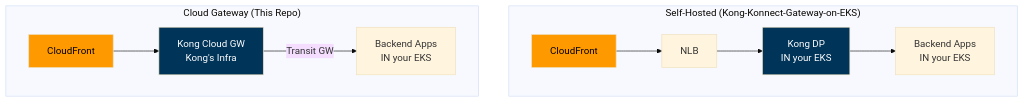
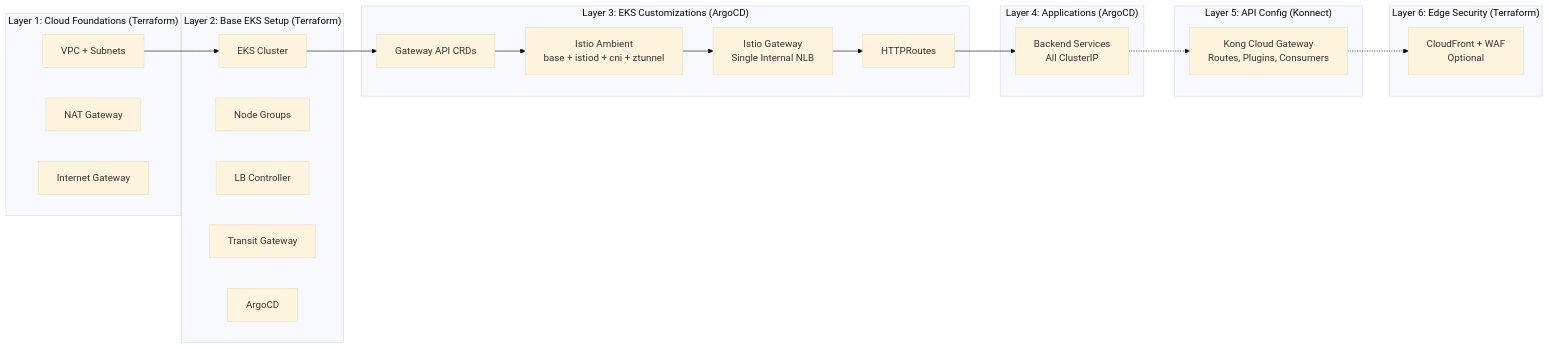
The third of 3 diagrams in README.md (shanaka-versent/Kong-Konnect-Cloud-Gateway-on-EKS), drawn with Mermaid (base theme) before and after one commit. The commit also changed other lines of this file and 35 other files, not shown here.

First line of the commit message:
Replace per-service NLBs with Istio Gateway API (Ambient) for single entry point routing

````diff
--- a/README.md
+++ b/README.md
@@ -151,17 +88,44 @@
 ```mermaid
-graph TB
-    subgraph "Self-Hosted (Kong-Konnect-Gateway-on-EKS)"
-        direction LR
-        CF1[CloudFront] --> NLB1_S[NLB] --> Kong1[Kong DP<br/>IN your EKS] --> Apps1[Backend Apps<br/>IN your EKS]
+graph LR
+    subgraph "Layer 1: Cloud Foundations (Terraform)"
+        VPC[VPC + Subnets]
+        NAT[NAT Gateway]
+        IGW2[Internet Gateway]
     end
 
-    subgraph "Cloud Gateway (This Repo)"
-        direction LR
-        CF2[CloudFront] --> Kong2[Kong Cloud GW<br/>Kong's Infra] -->|Transit GW| Apps2[Backend Apps<br/>IN your EKS]
+    subgraph "Layer 2: Base EKS Setup (Terraform)"
+        EKS[EKS Cluster]
+        Nodes[Node Groups]
+        LBC[LB Controller]
+        TGW2[Transit Gateway]
+        ArgoCD2[ArgoCD]
     end
 
-    style Kong1 fill:#003459,color:#fff
-    style Kong2 fill:#003459,color:#fff
-    style CF1 fill:#ff9900,color:#000
-    style CF2 fill:#ff9900,color:#000
+    subgraph "Layer 3: EKS Customizations (ArgoCD)"
+        CRDs[Gateway API CRDs]
+        Istio[Istio Ambient<br/>base + istiod + cni + ztunnel]
+        GW[Istio Gateway<br/>Single Internal NLB]
+        Routes[HTTPRoutes]
+    end
+
+    subgraph "Layer 4: Applications (ArgoCD)"
+        Apps[Backend Services<br/>All ClusterIP]
+    end
+
+    subgraph "Layer 5: API Config (Konnect)"
+        KongGW[Kong Cloud Gateway<br/>Routes, Plugins, Consumers]
+    end
+
+    subgraph "Layer 6: Edge Security (Terraform)"
+        CFront[CloudFront + WAF<br/>Optional]
+    end
+
+    VPC --> EKS
+    EKS --> CRDs
+    CRDs --> Istio
+    Istio --> GW
+    GW --> Routes
+    Routes --> Apps
+    Apps -.-> KongGW
+    KongGW -.-> CFront
 ```
````
